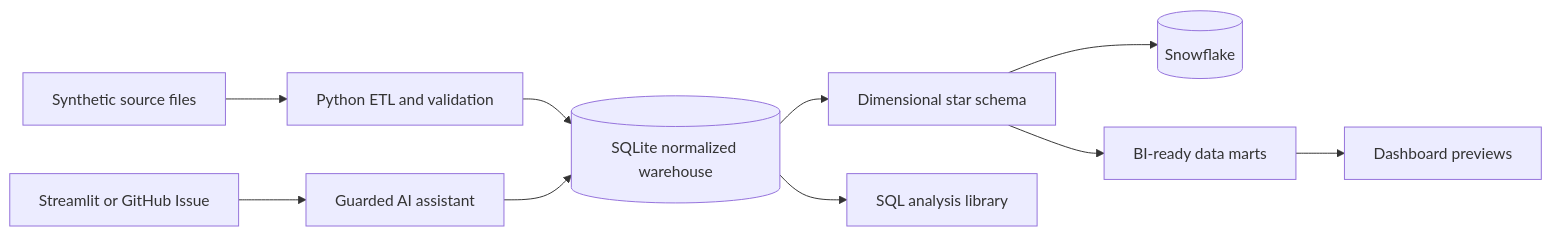
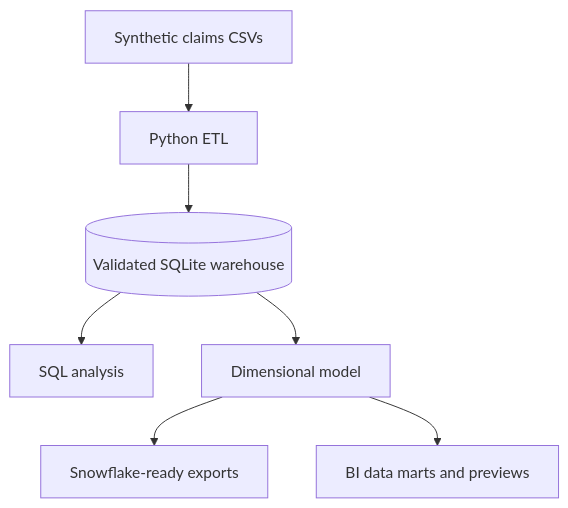
The diagram in README.md (raghuvardhan-mutha/healthcare-claims-analytics), drawn with Mermaid before and after one commit. The commit also changed other lines of this file and 3 other files, not shown here.

````diff
--- a/README.md
+++ b/README.md
@@ -63,12 +54,9 @@
 ```mermaid
-flowchart LR
-    A["Synthetic source files"] --> B["Python ETL and validation"]
-    B --> C[("SQLite normalized warehouse")]
-    C --> S["Dimensional star schema"]
-    S --> W[("Snowflake")]
-    C --> D["SQL analysis library"]
-    S --> E["BI-ready data marts"]
-    E --> F["Dashboard previews"]
-    G["Streamlit or GitHub Issue"] --> H["Guarded AI assistant"]
-    H --> C
+flowchart TD
+    A["Synthetic claims CSVs"] --> B["Python ETL"]
+    B --> C[("Validated SQLite warehouse")]
+    C --> D["SQL analysis"]
+    C --> E["Dimensional model"]
+    E --> F["Snowflake-ready exports"]
+    E --> G["BI data marts and previews"]
 ```
````
